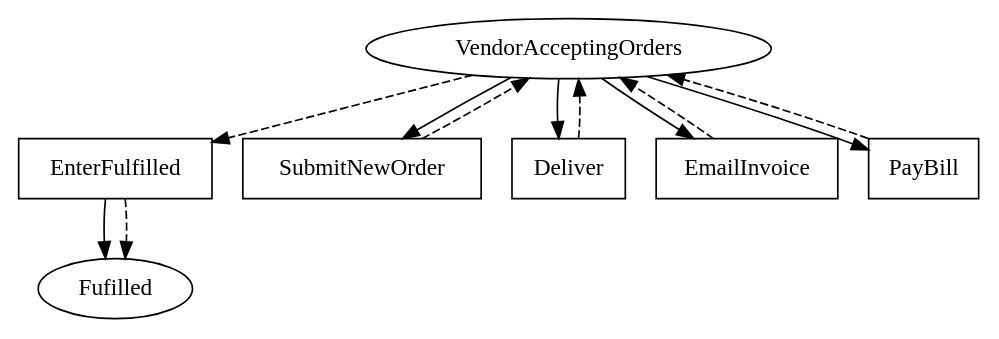
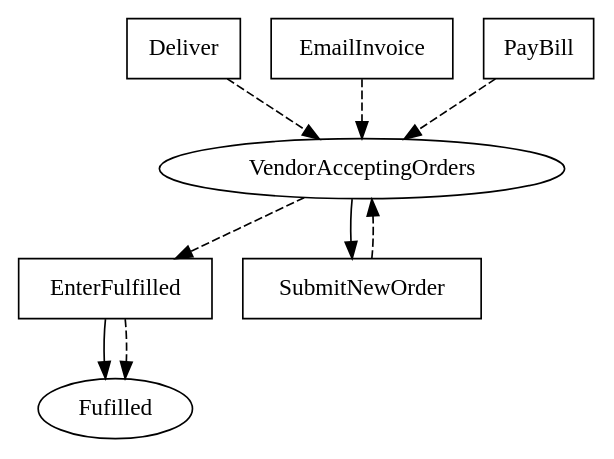
The diagram in linear_state_machine_language/pyL4/examples_graphviz_out/from_academic_lit/hvitved_master_sales_agreement_full_with_ids_and_obligation_objects.dot (Marcao02/complaw-deeptech), drawn with Graphviz before and after one commit. The commit also changed 37 other files, not shown here.

```diff
--- a/linear_state_machine_language/pyL4/examples_graphviz_out/from_academic_lit/hvitved_master_sales_agreement_full_with_ids_and_obligation_objects.dot
+++ b/linear_state_machine_language/pyL4/examples_graphviz_out/from_academic_lit/hvitved_master_sales_agreement_full_with_ids_and_obligation_objects.dot
@@ -1,30 +1,27 @@
 // THIS IS A GENERATED FILE. DO NOT EDIT.
 
 digraph Master_Sales_Agreement {    
     Fulfilled[label=Fufilled];
     VendorAcceptingOrders[label=VendorAcceptingOrders]
     
     EnterFulfilled[label=EnterFufilled,shape=box]; 
     SubmitNewOrder[label=SubmitNewOrder,shape=box];
 	Deliver[label=Deliver,shape=box];
 	EmailInvoice[label=EmailInvoice,shape=box];
 	PayBill[label=PayBill,shape=box];
 	EnterFulfilled[label=EnterFulfilled,shape=box]    
     
     EnterFulfilled -> Fulfilled;
     
     VendorAcceptingOrders -> SubmitNewOrder;
-	VendorAcceptingOrders -> PayBill;
-	VendorAcceptingOrders -> EnterFulfilled [style=dashed];
-	VendorAcceptingOrders -> Deliver;
-	VendorAcceptingOrders -> EmailInvoice
+	VendorAcceptingOrders -> EnterFulfilled [style=dashed]
     
     SubmitNewOrder -> VendorAcceptingOrders [style=dashed];
 	Deliver -> VendorAcceptingOrders [style=dashed];
 	EmailInvoice -> VendorAcceptingOrders [style=dashed];
 	PayBill -> VendorAcceptingOrders [style=dashed];
 	EnterFulfilled -> Fulfilled [style=dashed];
 	     
     
        
 }
```
